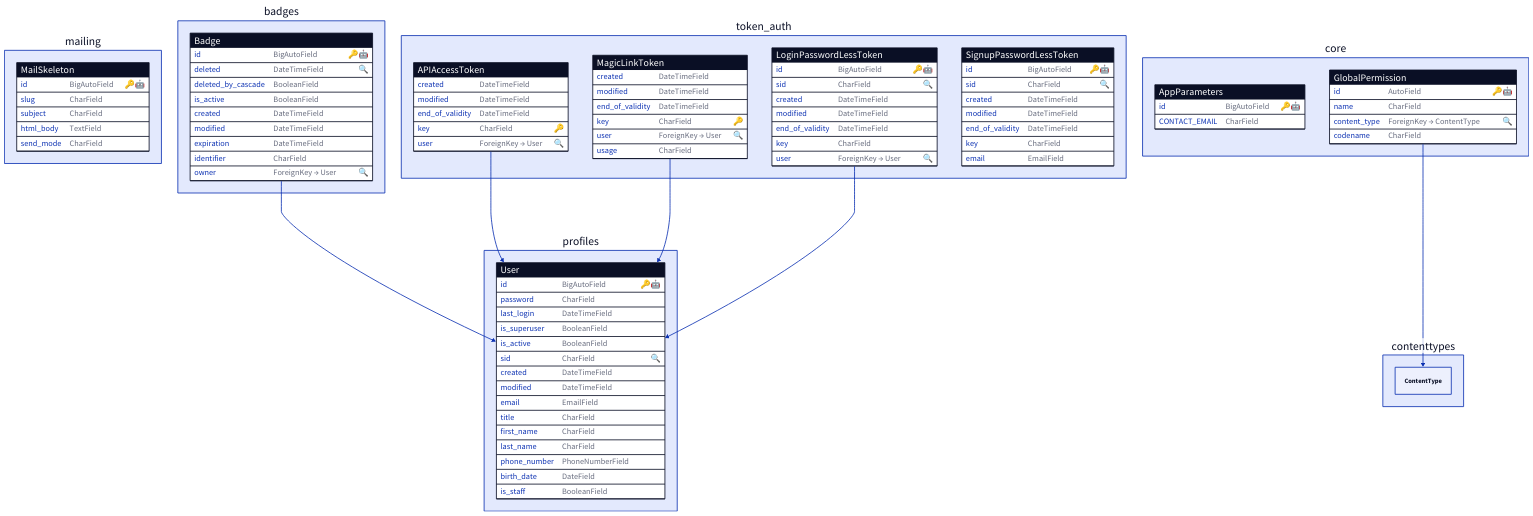
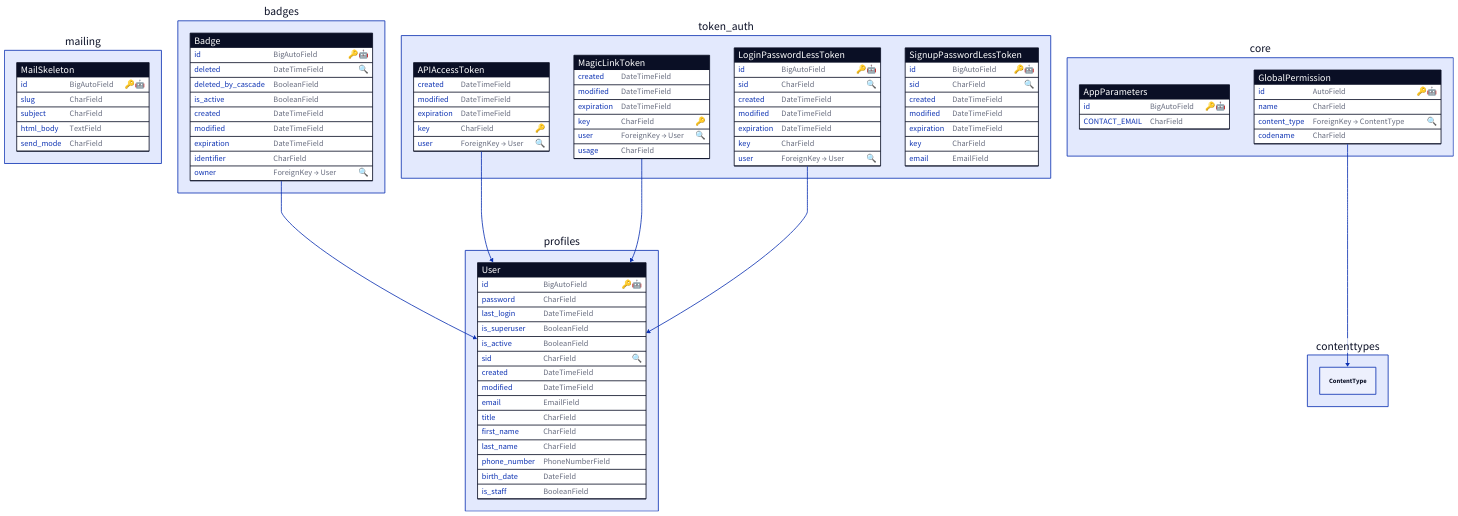
The diagram in docs/diagram.d2 (ddahan/mason-dj), drawn with D2 before and after one commit. The commit also changed 6 other files, not shown here.

```diff
--- a/docs/diagram.d2
+++ b/docs/diagram.d2
@@ -1,107 +1,107 @@
 profiles: {
   User: {
     shape: sql_table
     id: BigAutoField {constraint: 🔑🤖}
     password: CharField 
     last_login: DateTimeField 
     is_superuser: BooleanField 
     is_active: BooleanField 
     sid: CharField {constraint: 🔍}
     created: DateTimeField 
     modified: DateTimeField 
     email: EmailField 
     title: CharField 
     first_name: CharField 
     last_name: CharField 
     phone_number: PhoneNumberField 
     birth_date: DateField 
     is_staff: BooleanField 
   }
   shape: rectangle
 }
 mailing: {
   MailSkeleton: {
     shape: sql_table
     id: BigAutoField {constraint: 🔑🤖}
     slug: CharField 
     subject: CharField 
     html_body: TextField 
     send_mode: CharField 
   }
   shape: rectangle
 }
 badges: {
   Badge: {
     shape: sql_table
     id: BigAutoField {constraint: 🔑🤖}
     deleted: DateTimeField {constraint: 🔍}
     deleted_by_cascade: BooleanField 
     is_active: BooleanField 
     created: DateTimeField 
     modified: DateTimeField 
     expiration: DateTimeField 
     identifier: CharField 
     owner: ForeignKey → User {constraint: 🔍}
   }
   shape: rectangle
 }
 core: {
   AppParameters: {
     shape: sql_table
     id: BigAutoField {constraint: 🔑🤖}
     CONTACT_EMAIL: CharField 
   }
   GlobalPermission: {
     shape: sql_table
     id: AutoField {constraint: 🔑🤖}
     name: CharField 
     content_type: ForeignKey → ContentType {constraint: 🔍}
     codename: CharField 
   }
   shape: rectangle
 }
 token_auth: {
   APIAccessToken: {
     shape: sql_table
     created: DateTimeField 
     modified: DateTimeField 
-    end_of_validity: DateTimeField 
+    expiration: DateTimeField 
     key: CharField {constraint: 🔑}
     user: ForeignKey → User {constraint: 🔍}
   }
   MagicLinkToken: {
     shape: sql_table
     created: DateTimeField 
     modified: DateTimeField 
-    end_of_validity: DateTimeField 
+    expiration: DateTimeField 
     key: CharField {constraint: 🔑}
     user: ForeignKey → User {constraint: 🔍}
     usage: CharField 
   }
   LoginPasswordLessToken: {
     shape: sql_table
     id: BigAutoField {constraint: 🔑🤖}
     sid: CharField {constraint: 🔍}
     created: DateTimeField 
     modified: DateTimeField 
-    end_of_validity: DateTimeField 
+    expiration: DateTimeField 
     key: CharField 
     user: ForeignKey → User {constraint: 🔍}
   }
   SignupPasswordLessToken: {
     shape: sql_table
     id: BigAutoField {constraint: 🔑🤖}
     sid: CharField {constraint: 🔍}
     created: DateTimeField 
     modified: DateTimeField 
-    end_of_validity: DateTimeField 
+    expiration: DateTimeField 
     key: CharField 
     email: EmailField 
   }
   shape: rectangle
 }
 badges.Badge -> profiles.User
 core.GlobalPermission -> contenttypes.ContentType
 token_auth.APIAccessToken -> profiles.User
 token_auth.MagicLinkToken -> profiles.User
 token_auth.LoginPasswordLessToken -> profiles.User
```
